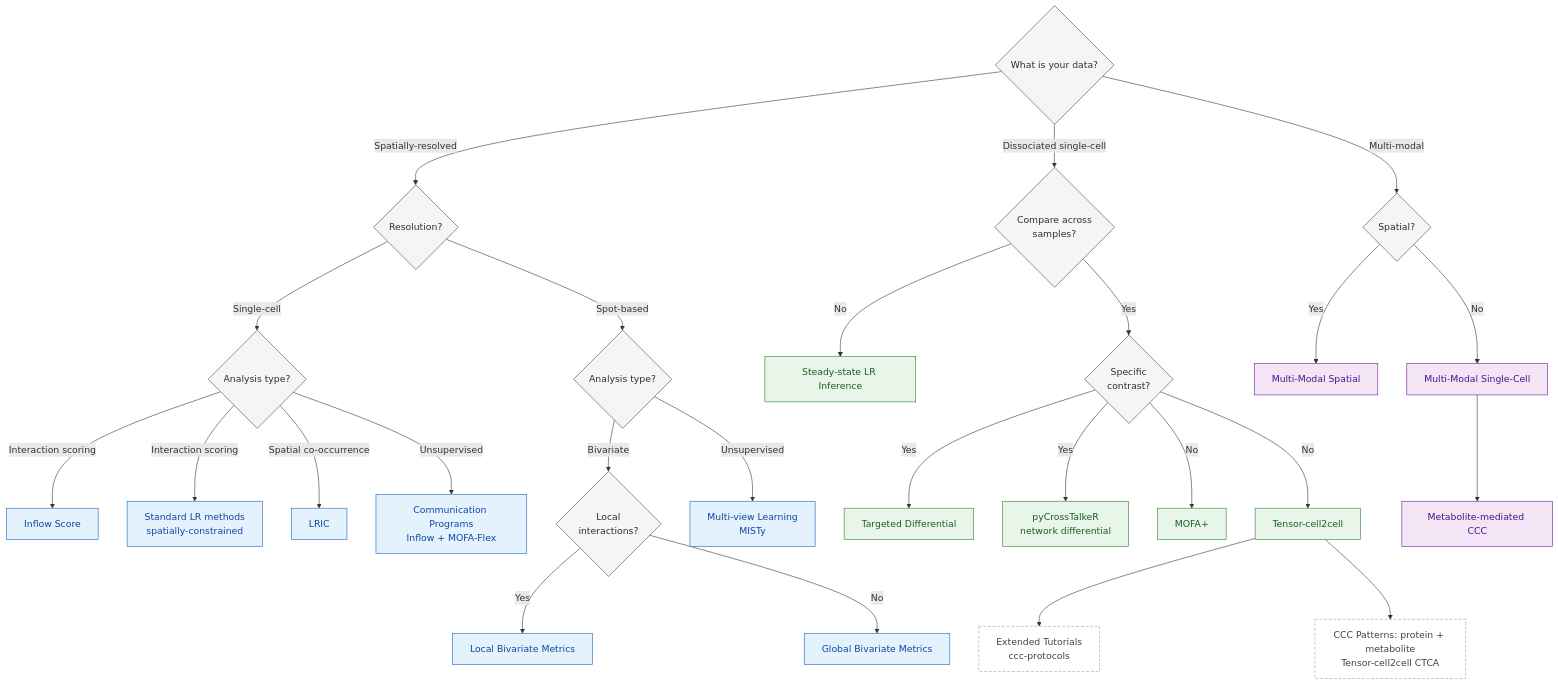
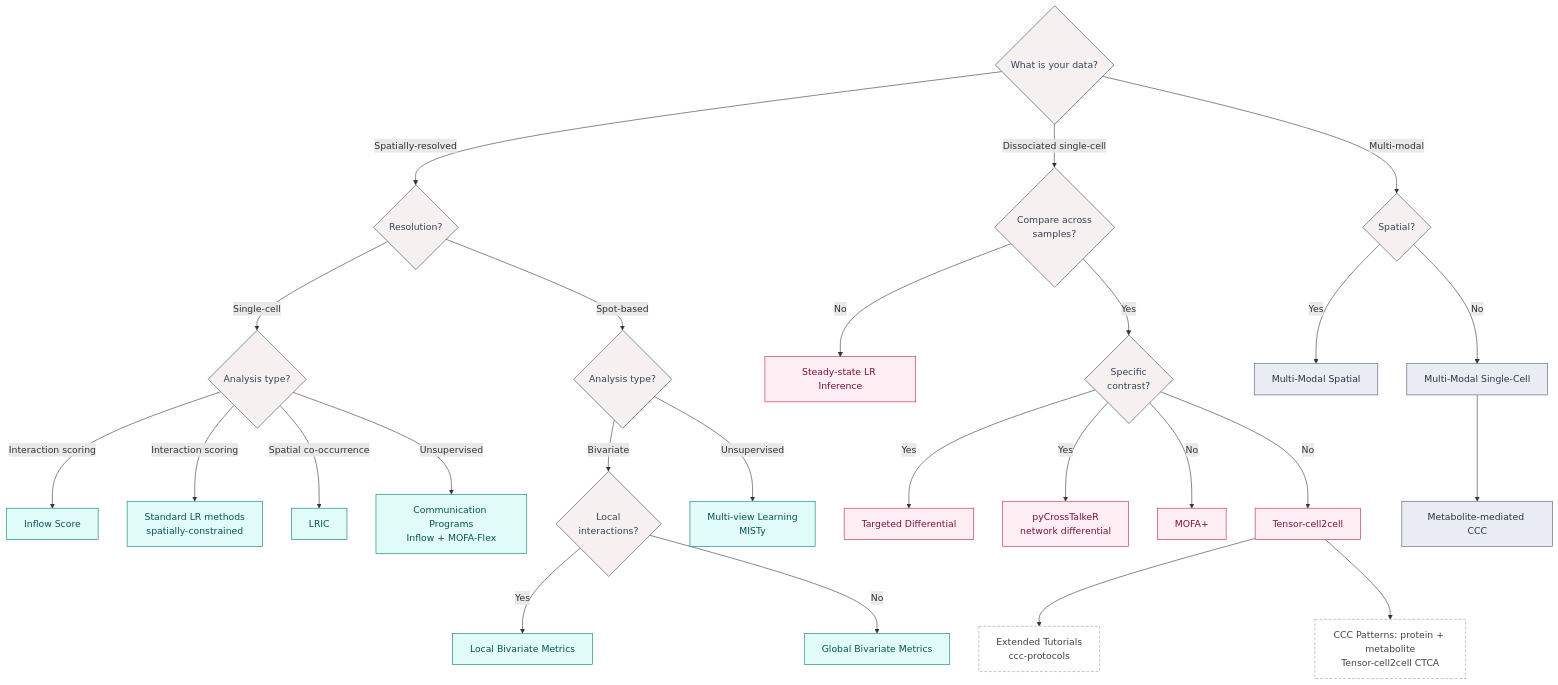
One commit to saezlab/liana-py changed the diagram in README.md. Above: the diagram before and after it, drawn with Mermaid. The commit also changed other lines of this file and 67 other files, not shown here.

````diff
--- a/README.md
+++ b/README.md
@@ -26,66 +28,66 @@
 ```mermaid
 flowchart TD
     Start{What is your data?}
 
     %% ===== Spatially-resolved =====
     Start -->|Spatially-resolved| Res{Resolution?}
     Res -->|Single-cell| ScType{Analysis type?}
     ScType -->|Interaction scoring| Inflow[Inflow Score]
     ScType -->|Interaction scoring| ScConstr[Standard LR methods<br/>spatially-constrained]
     ScType -->|Spatial co-occurrence| LRIC[LRIC]
     ScType -->|Unsupervised| InflowMofa[Communication Programs<br/>Inflow + MOFA-Flex]
     Res -->|Spot-based| SpType{Analysis type?}
     SpType -->|Bivariate| LocalQ{Local<br/>interactions?}
     LocalQ -->|Yes| Local[Local Bivariate Metrics]
     LocalQ -->|No| Global[Global Bivariate Metrics]
     SpType -->|Unsupervised| MISTy[Multi-view Learning<br/>MISTy]
 
     %% ===== Dissociated single-cell =====
     Start -->|Dissociated single-cell| Compare{Compare across<br/>samples?}
     Compare -->|No| Steady[Steady-state LR Inference]
     Compare -->|Yes| Contrast{Specific<br/>contrast?}
     Contrast -->|Yes| Targeted[Targeted Differential]
     Contrast -->|Yes| CrossTalk[pyCrossTalkeR<br/>network differential]
     Contrast -->|No| MOFA[MOFA+]
     Contrast -->|No| Tensor[Tensor-cell2cell]
     Tensor --> TensorExt[Extended Tutorials<br/>ccc-protocols]
     Tensor --> TensorMet[CCC Patterns: protein + metabolite<br/>Tensor-cell2cell CTCA]
 
     %% ===== Multi-modal =====
     Start -->|Multi-modal| ModalSp{Spatial?}
     ModalSp -->|Yes| SMA[Multi-Modal Spatial]
     ModalSp -->|No| SCMulti[Multi-Modal Single-Cell]
     SCMulti --> Metab[Metabolite-mediated CCC]
 
     %% ===== Styling =====
-    classDef decision fill:#f5f5f5,stroke:#37474f,stroke-width:1px,color:#263238;
-    classDef spatial fill:#e3f2fd,stroke:#1565c0,color:#0d47a1;
-    classDef dissoc fill:#e8f5e9,stroke:#2e7d32,color:#1b5e20;
-    classDef multimodal fill:#f3e5f5,stroke:#6a1b9a,color:#4a148c;
+    classDef decision fill:#f6f0f1,stroke:#364159,stroke-width:1px,color:#364159;
+    classDef spatial fill:#e0fbf8,stroke:#00786e,color:#05564f;
+    classDef dissoc fill:#fdeef4,stroke:#ba1b57,color:#7c1039;
+    classDef multimodal fill:#e9ecf3,stroke:#4a587a,color:#2a3348;
     classDef external fill:#ffffff,stroke:#9e9e9e,stroke-dasharray:5 3,color:#424242;
 
     class Start,Res,ScType,SpType,LocalQ,Compare,Contrast,ModalSp decision;
     class Inflow,LRIC,ScConstr,InflowMofa,Local,Global,MISTy spatial;
     class Steady,Targeted,CrossTalk,MOFA,Tensor dissoc;
     class SMA,SCMulti,Metab multimodal;
     class TensorExt,TensorMet external;
 
     %% ===== Links (click events) =====
     click Inflow "https://liana-py.readthedocs.io/en/latest/tutorials/notebooks/inflow_score.html"
     click LRIC "https://liana-py.readthedocs.io/en/latest/tutorials/notebooks/LRIC_tutorial.html"
     click InflowMofa "https://liana-py.readthedocs.io/en/latest/tutorials/notebooks/inflow_mofaflex.html"
     click ScConstr "https://liana-py.readthedocs.io/en/latest/tutorials/notebooks/inflow_score.html"
     click Local "https://liana-py.readthedocs.io/en/latest/tutorials/notebooks/bivariate.html"
     click Global "https://liana-py.readthedocs.io/en/latest/tutorials/notebooks/bivariate.html"
     click MISTy "https://liana-py.readthedocs.io/en/latest/tutorials/notebooks/misty.html"
     click Steady "https://liana-py.readthedocs.io/en/latest/tutorials/notebooks/basic_usage.html"
     click Targeted "https://liana-py.readthedocs.io/en/latest/tutorials/notebooks/targeted.html"
     click CrossTalk "https://liana-py.readthedocs.io/en/latest/tutorials/notebooks/liana_pyCrossTalkeR.html"
     click MOFA "https://liana-py.readthedocs.io/en/latest/tutorials/notebooks/mofatalk.html"
     click Tensor "https://liana-py.readthedocs.io/en/latest/tutorials/notebooks/liana_c2c.html"
     click TensorExt "https://ccc-protocols.readthedocs.io/en/latest/"
     click TensorMet "https://earmingol.github.io/cell2cell/tutorials/Version2/Tensor-cell2cell-CTCA-LIANA/"
     click SMA "https://liana-py.readthedocs.io/en/latest/tutorials/notebooks/sma.html"
     click SCMulti "https://liana-py.readthedocs.io/en/latest/tutorials/notebooks/sc_multi.html"
     click Metab "https://liana-py.readthedocs.io/en/latest/tutorials/notebooks/sc_multi.html#metabolite-mediated-ccc-from-transcriptomics-data"
 ```
````
